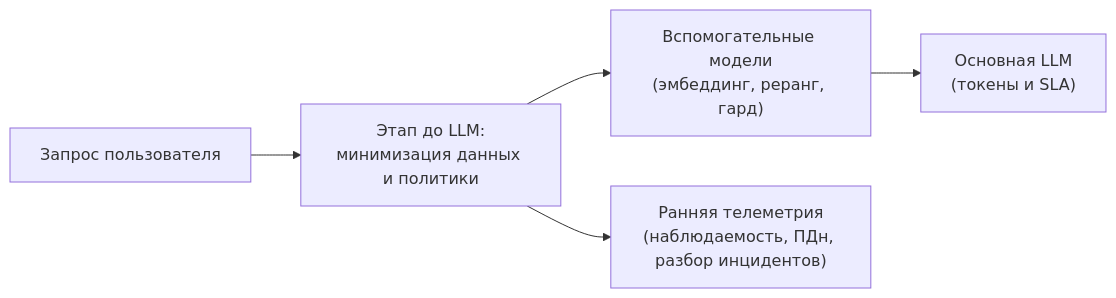
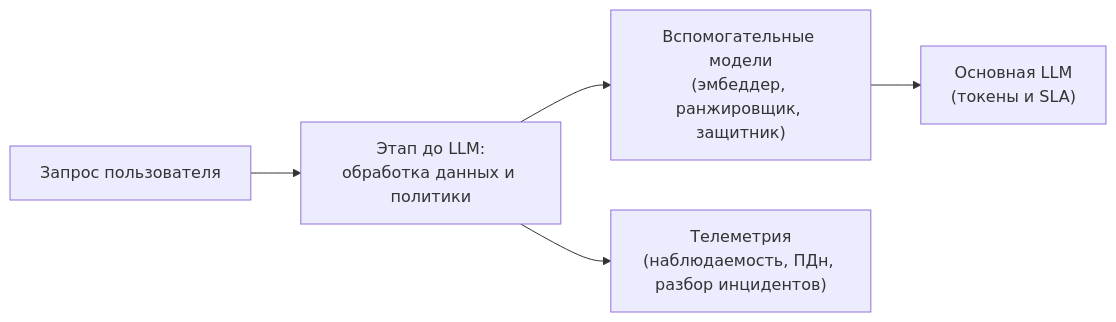
Before and after one commit to arterm-sedov/cmw-rag: the diagram in docs/research/executive-research-technology-transfer/report-pack/20260325-research-report-methodology-main-ru.md, drawn with Mermaid. The commit also changed other lines of this file and 6 other files, not shown here.

````diff
--- a/docs/research/executive-research-technology-transfer/report-pack/20260325-research-report-methodology-main-ru.md
+++ b/docs/research/executive-research-technology-transfer/report-pack/20260325-research-report-methodology-main-ru.md
@@ -408,7 +408,7 @@
 ```mermaid
 flowchart LR
-  userQuery["Запрос пользователя"] --> preLLM["Этап до LLM:<br/>минимизация данных и политики"]
-  preLLM --> aux["Вспомогательные модели<br/>(эмбеддинг, реранг, гард)"]
+  userQuery["Запрос пользователя"] --> preLLM["Этап до LLM:<br/>обработка данных и политики"]
+  preLLM --> aux["Вспомогательные модели<br/>(эмбеддер, ранжировщик, защитник)"]
   aux --> mainLLM["Основная LLM<br/>(токены и SLA)"]
-  preLLM --> telemetry["Ранняя телеметрия<br/>(наблюдаемость, ПДн, разбор инцидентов)"]
+  preLLM --> telemetry["Телеметрия<br/>(наблюдаемость, ПДн, разбор инцидентов)"]
 ```
````
